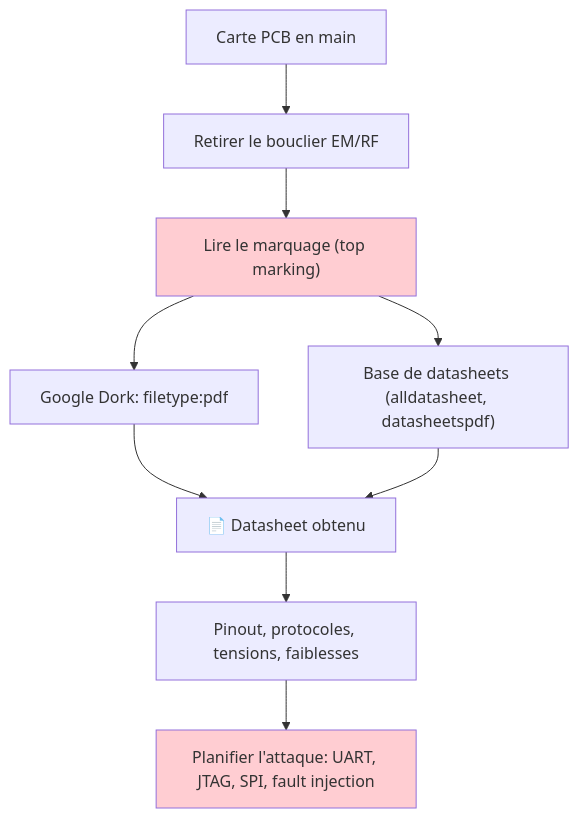
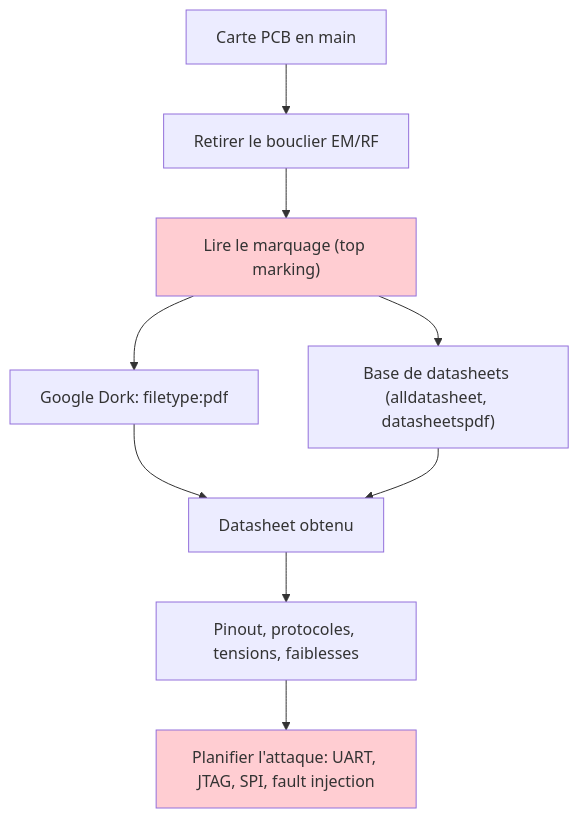
Before and after one commit to F0X-hack/foxhack.fr: the first of 6 diagrams in public/offsidian/vault/Cybersécurité Offensive/Techniques/Hardware - Identification de puces.md, drawn with Mermaid. The commit also changed other lines of this file and 369 other files, not shown here.

````diff
--- a/public/offsidian/vault/Cybersécurité Offensive/Techniques/Hardware - Identification de puces.md
+++ b/public/offsidian/vault/Cybersécurité Offensive/Techniques/Hardware - Identification de puces.md
@@ -55,13 +55,13 @@
 ```mermaid
 flowchart TB
     A["Carte PCB en main"] --> B["Retirer le bouclier EM/RF"]
     B --> C["Lire le marquage (top marking)"]
     C --> D["Google Dork: filetype:pdf <référence>"]
     C --> E["Base de datasheets (alldatasheet, datasheetspdf)"]
-    D --> F["📄 Datasheet obtenu"]
+    D --> F["Datasheet obtenu"]
     E --> F
     F --> G["Pinout, protocoles, tensions, faiblesses"]
     G --> H["Planifier l'attaque: UART, JTAG, SPI, fault injection"]
     style C fill:#ffcdd2
     style H fill:#ffcdd2
 ```
````
